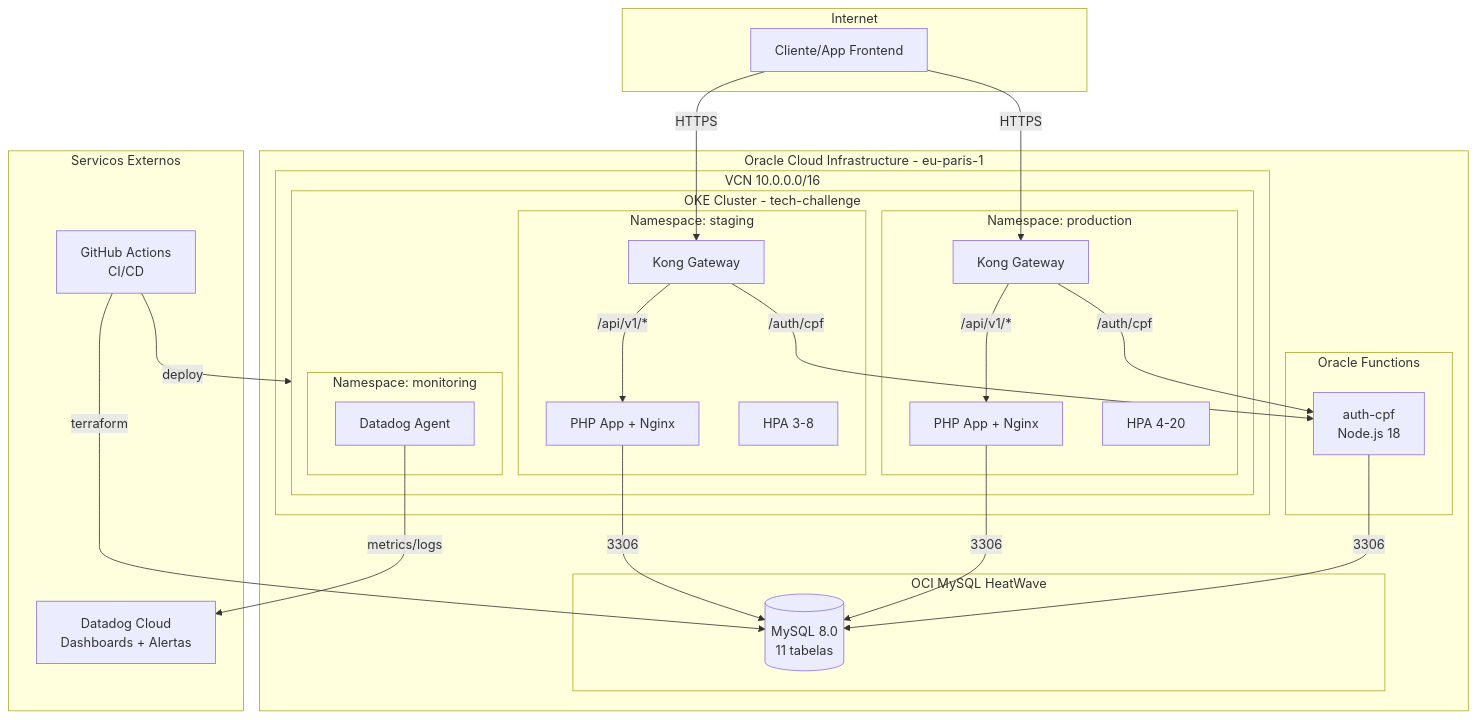
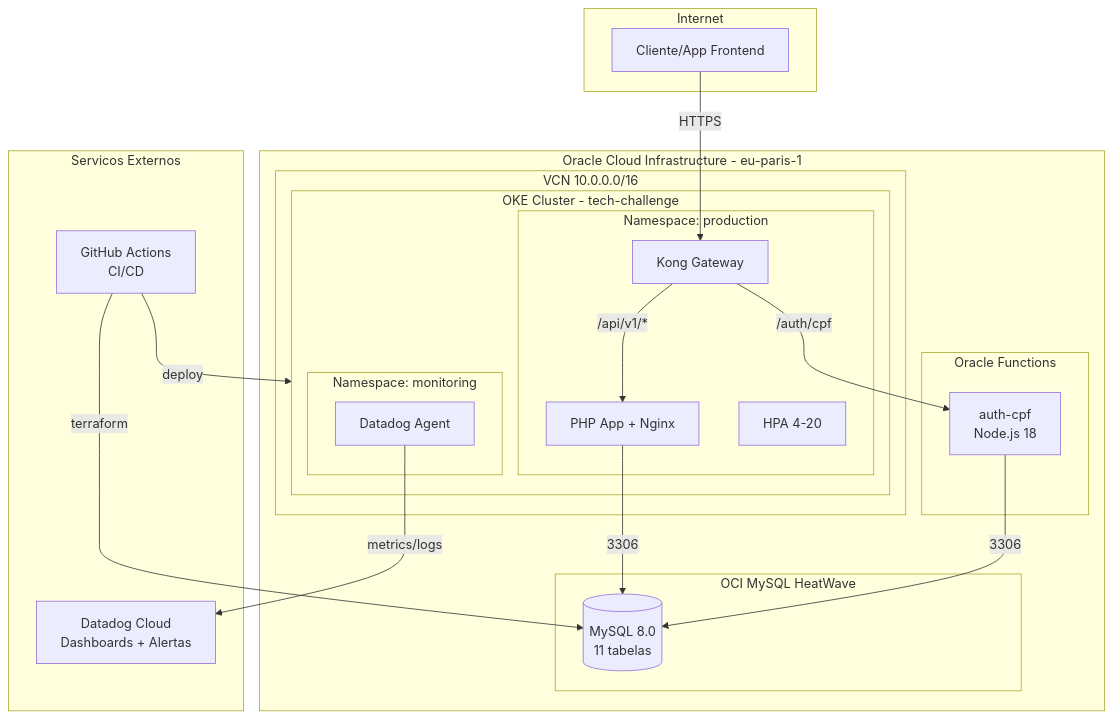
The first of 7 diagrams in README.md (brunaminusso/tech-challenge-docs), drawn with Mermaid before and after one commit. The commit also changed 2 other files, not shown here.

Commit message:
docs: remove staging environment from architecture diagrams
- Remove staging namespace from component diagram
- Simplify to production-only deployment
- Update HPA table removing staging configuration
- Update RFC-001 removing staging cost reference
- Update visao-geral.md to reflect production-only strategy

````diff
--- a/README.md
+++ b/README.md
@@ -22,52 +22,43 @@
 ```mermaid
 flowchart TB
     subgraph Internet
         Cliente[Cliente/App Frontend]
     end
 
     subgraph OCI[Oracle Cloud Infrastructure - eu-paris-1]
         subgraph VCN[VCN 10.0.0.0/16]
             subgraph OKE[OKE Cluster - tech-challenge]
-                subgraph NSStaging[Namespace: staging]
-                    KongS[Kong Gateway]
-                    AppS[PHP App + Nginx]
-                    HPAS[HPA 3-8]
-                end
                 subgraph NSProd[Namespace: production]
-                    KongP[Kong Gateway]
-                    AppP[PHP App + Nginx]
-                    HPAP[HPA 4-20]
+                    Kong[Kong Gateway]
+                    App[PHP App + Nginx]
+                    HPA[HPA 4-20]
                 end
                 subgraph NSMon[Namespace: monitoring]
                     Datadog[Datadog Agent]
                 end
             end
         end
 
         subgraph Serverless[Oracle Functions]
             AuthFn[auth-cpf\nNode.js 18]
         end
 
         subgraph Database[OCI MySQL HeatWave]
             MySQL[(MySQL 8.0\n11 tabelas)]
         end
     end
 
     subgraph External[Servicos Externos]
         DatadogCloud[Datadog Cloud\nDashboards + Alertas]
         GitHub[GitHub Actions\nCI/CD]
     end
 
-    Cliente -->|HTTPS| KongS
-    Cliente -->|HTTPS| KongP
-    KongS -->|/api/v1/*| AppS
-    KongP -->|/api/v1/*| AppP
-    KongS -->|/auth/cpf| AuthFn
-    KongP -->|/auth/cpf| AuthFn
-    AppS -->|3306| MySQL
-    AppP -->|3306| MySQL
+    Cliente -->|HTTPS| Kong
+    Kong -->|/api/v1/*| App
+    Kong -->|/auth/cpf| AuthFn
+    App -->|3306| MySQL
     AuthFn -->|3306| MySQL
     Datadog -->|metrics/logs| DatadogCloud
     GitHub -->|deploy| OKE
     GitHub -->|terraform| MySQL
 ```
````
